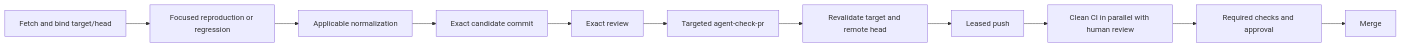
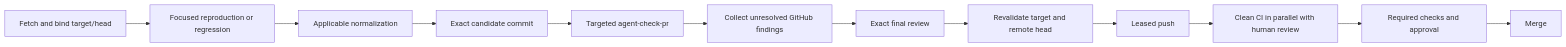
Before and after one commit to formancehq/ledger: the diagram in docs/technical/contributing/local-validation.md, drawn with Mermaid. The commit also changed other lines of this file and 20 other files, not shown here.

Commit message:
refactor(tooling): linearize final PR review

````diff
--- a/docs/technical/contributing/local-validation.md
+++ b/docs/technical/contributing/local-validation.md
@@ -131,13 +131,14 @@
 ```mermaid
 flowchart LR
     A[Fetch and bind target/head] --> B[Focused reproduction or regression]
     B --> C[Applicable normalization]
     C --> D[Exact candidate commit]
-    D --> E[Exact review]
-    E --> F[Targeted agent-check-pr]
-    F --> G[Revalidate target and remote head]
-    G --> H[Leased push]
-    H --> I[Clean CI in parallel with human review]
-    I --> J[Required checks and approval]
-    J --> K[Merge]
+    D --> E[Targeted agent-check-pr]
+    E --> F[Collect unresolved GitHub findings]
+    F --> G[Exact final review]
+    G --> H[Revalidate target and remote head]
+    H --> I[Leased push]
+    I --> J[Clean CI in parallel with human review]
+    J --> K[Required checks and approval]
+    K --> L[Merge]
 ```
````
